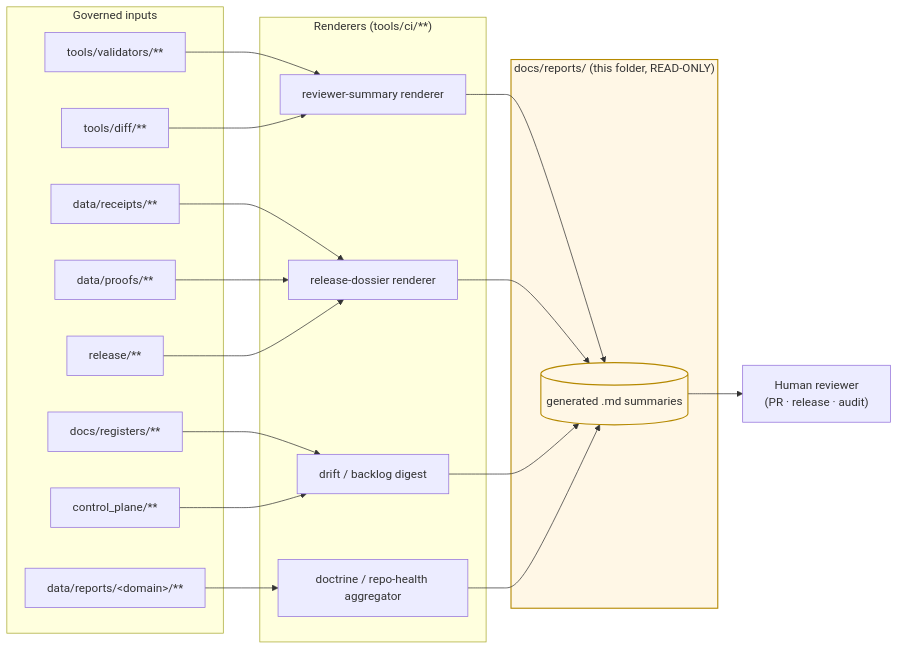
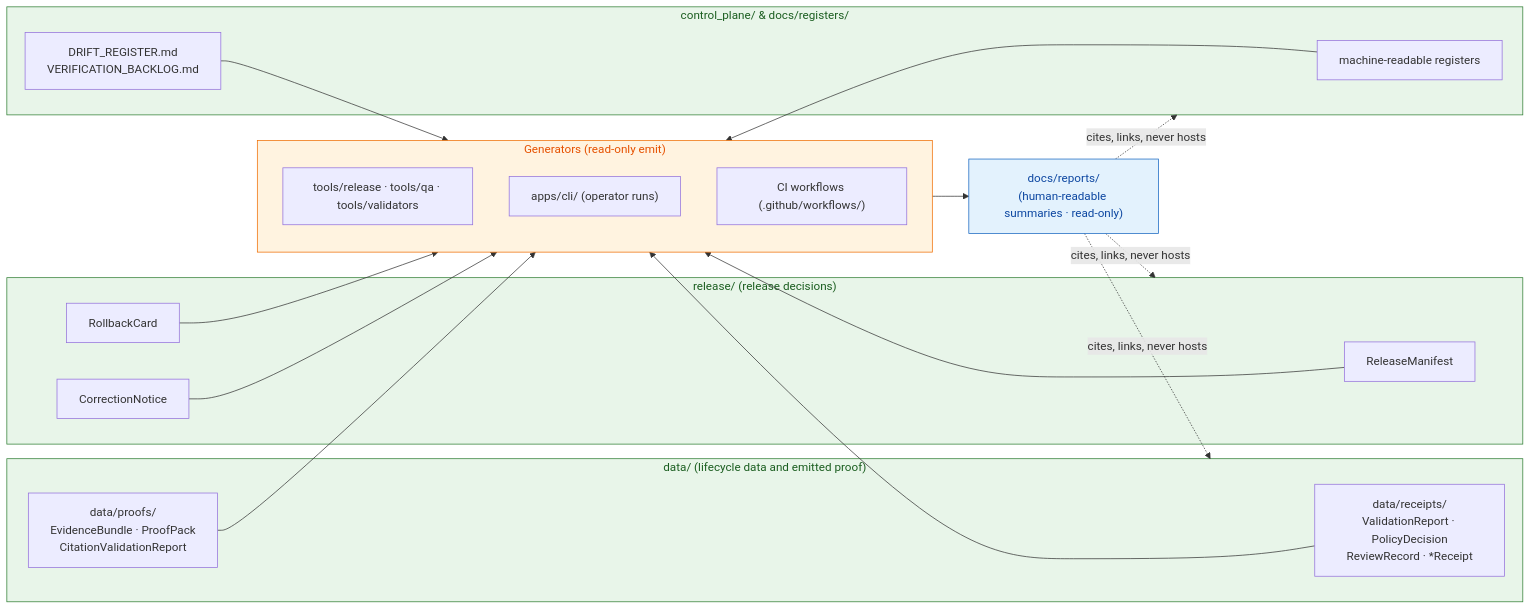
Before and after one commit to bartytime4life/Kansas-Frontier-Matrix: the diagram in docs/reports/README.md, drawn with Mermaid. The commit also changed other lines of this file, not shown here.

````diff
--- a/docs/reports/README.md
+++ b/docs/reports/README.md
@@ -233,44 +210,46 @@
 ```mermaid
 flowchart LR
-    subgraph Inputs["Governed inputs"]
-        V[tools/validators/**]
-        D[tools/diff/**]
-        REG[docs/registers/**]
-        CP[control_plane/**]
-        REC[data/receipts/**]
-        PRF[data/proofs/**]
-        REL[release/**]
-        DRP[data/reports/&lt;domain&gt;/**]
-    end
+  subgraph DATA["data/ (lifecycle data and emitted proof)"]
+    REC["data/receipts/<br/>ValidationReport · PolicyDecision<br/>ReviewRecord · *Receipt"]
+    PRF["data/proofs/<br/>EvidenceBundle · ProofPack<br/>CitationValidationReport"]
+  end
 
-    subgraph Renderers["Renderers (tools/ci/**)"]
-        R1[reviewer-summary renderer]
-        R2[release-dossier renderer]
-        R3[drift / backlog digest]
-        R4[doctrine / repo-health aggregator]
-    end
+  subgraph RELEASE["release/ (release decisions)"]
+    MAN["ReleaseManifest"]
+    RB["RollbackCard"]
+    CN["CorrectionNotice"]
+  end
 
-    subgraph DocsReports["docs/reports/  (this folder, READ-ONLY)"]
-        OUT[(generated .md summaries)]
-    end
+  subgraph REG["control_plane/ &amp; docs/registers/"]
+    CP["machine-readable registers"]
+    DR["DRIFT_REGISTER.md<br/>VERIFICATION_BACKLOG.md"]
+  end
 
-    Reviewer["Human reviewer<br/>(PR · release · audit)"]
+  subgraph GEN["Generators (read-only emit)"]
+    TOOL["tools/release · tools/qa · tools/validators"]
+    CLI["apps/cli/ (operator runs)"]
+    CI["CI workflows (.github/workflows/)"]
+  end
 
-    V --> R1
-    D --> R1
-    REG --> R3
-    CP --> R3
-    REC --> R2
-    PRF --> R2
-    REL --> R2
-    DRP --> R4
+  REPORTS["docs/reports/<br/>(human-readable summaries · read-only)"]
 
-    R1 --> OUT
-    R2 --> OUT
-    R3 --> OUT
-    R4 --> OUT
-    OUT --> Reviewer
+  REC --> GEN
+  PRF --> GEN
+  MAN --> GEN
+  RB  --> GEN
+  CN  --> GEN
+  CP  --> GEN
+  DR  --> GEN
+  GEN --> REPORTS
 
-    classDef readonly fill:#fff7e6,stroke:#b58900,stroke-width:1.5px;
-    class DocsReports,OUT readonly;
+  REPORTS -. "cites, links, never hosts" .-> DATA
+  REPORTS -. "cites, links, never hosts" .-> RELEASE
+  REPORTS -. "cites, links, never hosts" .-> REG
+
+  classDef canon fill:#e8f5e9,stroke:#2e7d32,color:#1b5e20;
+  classDef gen   fill:#fff3e0,stroke:#ef6c00,color:#e65100;
+  classDef rep   fill:#e3f2fd,stroke:#1565c0,color:#0d47a1;
+  class DATA,RELEASE,REG canon;
+  class GEN gen;
+  class REPORTS rep;
 ```
````
